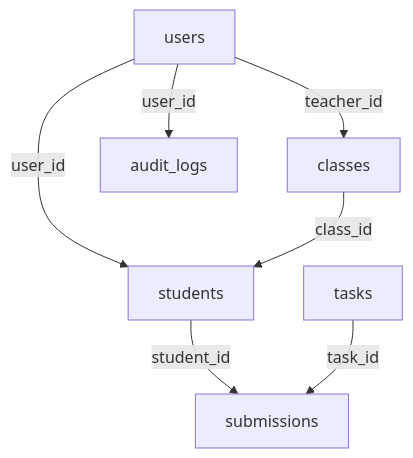
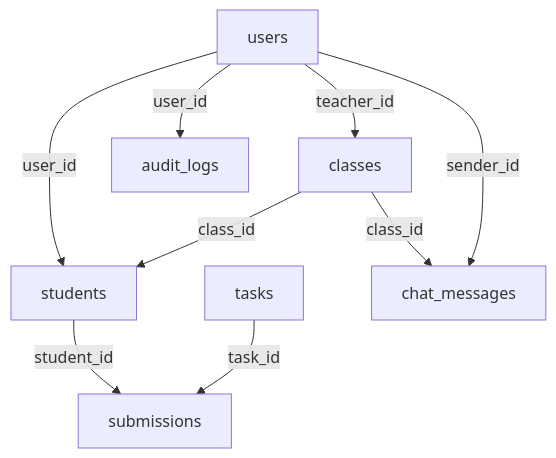
Before and after one commit to prisflow/sqlense: the second of 2 diagrams in doc/DATABASE.md, drawn with Mermaid. The commit also changed other lines of this file and 6 other files, not shown here.

````diff
--- a/doc/DATABASE.md
+++ b/doc/DATABASE.md
@@ -68,9 +77,11 @@
 ```mermaid
 graph TB
     U[users] -->|teacher_id| C[classes]
     U -->|user_id| S[students]
     C -->|class_id| S
     U -->|user_id| AL[audit_logs]
     S -->|student_id| SUB[submissions]
     T[tasks] -->|task_id| SUB
+    C -->|class_id| CM[chat_messages]
+    U -->|sender_id| CM
 ```
````
